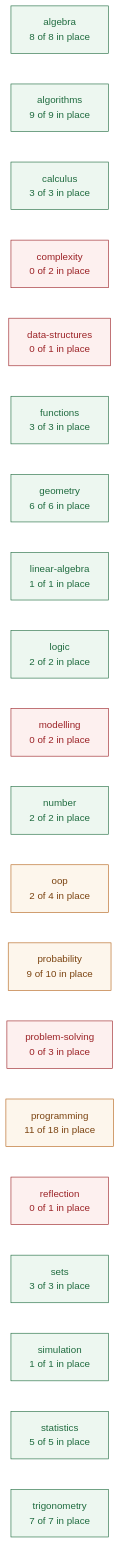
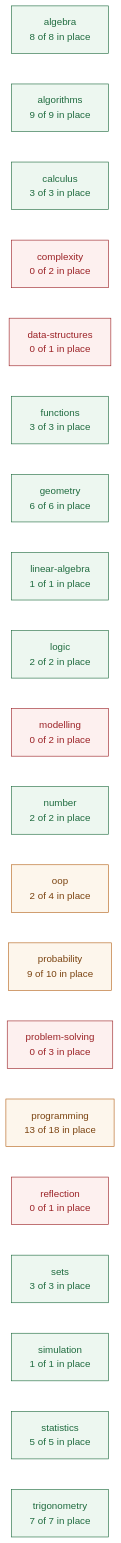
The first of 3 diagrams in planning/CURRICULUM_MAP.md (deweydex/dewlab), drawn with Mermaid before and after one commit. The commit also changed other lines of this file and 4 other files, not shown here.

````diff
--- a/planning/CURRICULUM_MAP.md
+++ b/planning/CURRICULUM_MAP.md
@@ -52,30 +52,30 @@
 ```mermaid
 graph LR
   algebra["algebra<br/>8 of 8 in place"]
   algorithms["algorithms<br/>9 of 9 in place"]
   calculus["calculus<br/>3 of 3 in place"]
   complexity["complexity<br/>0 of 2 in place"]
   data_structures["data-structures<br/>0 of 1 in place"]
   functions["functions<br/>3 of 3 in place"]
   geometry["geometry<br/>6 of 6 in place"]
   linear_algebra["linear-algebra<br/>1 of 1 in place"]
   logic["logic<br/>2 of 2 in place"]
   modelling["modelling<br/>0 of 2 in place"]
   number["number<br/>2 of 2 in place"]
   oop["oop<br/>2 of 4 in place"]
   probability["probability<br/>9 of 10 in place"]
   problem_solving["problem-solving<br/>0 of 3 in place"]
-  programming["programming<br/>11 of 18 in place"]
+  programming["programming<br/>13 of 18 in place"]
   reflection["reflection<br/>0 of 1 in place"]
   sets["sets<br/>3 of 3 in place"]
   simulation["simulation<br/>1 of 1 in place"]
   statistics["statistics<br/>5 of 5 in place"]
   trigonometry["trigonometry<br/>7 of 7 in place"]
 
   classDef full fill:#edf7f0,stroke:#1f6b3f,color:#1f6b3f;
   classDef part fill:#fdf6ec,stroke:#b5651d,color:#7a4310;
   classDef none fill:#fdf0ef,stroke:#9b2226,color:#9b2226;
   class algebra,algorithms,calculus,functions,geometry,linear_algebra,logic,number,sets,simulation,statistics,trigonometry full;
   class oop,probability,programming part;
   class complexity,data_structures,modelling,problem_solving,reflection none;
 ```
````
